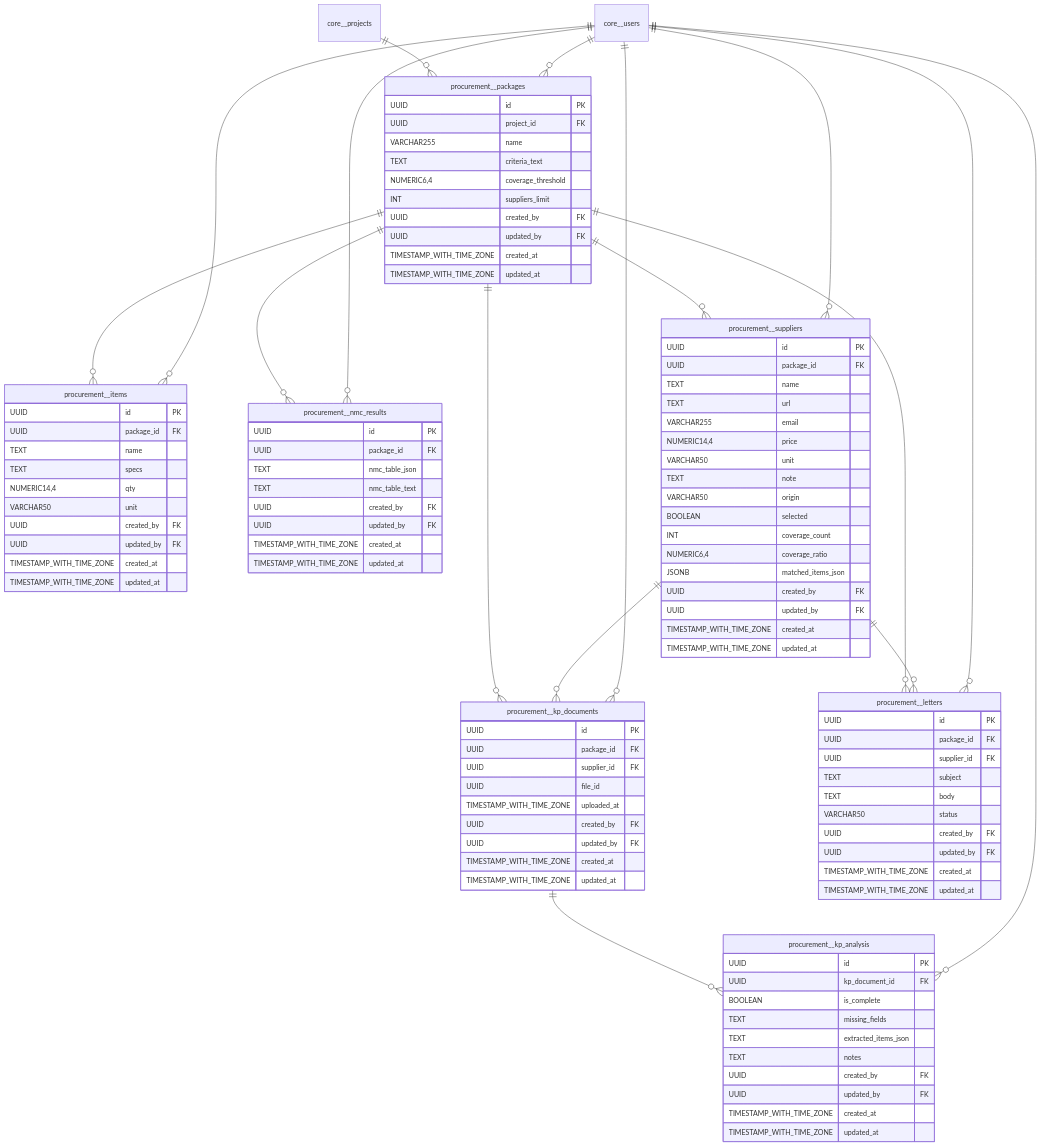
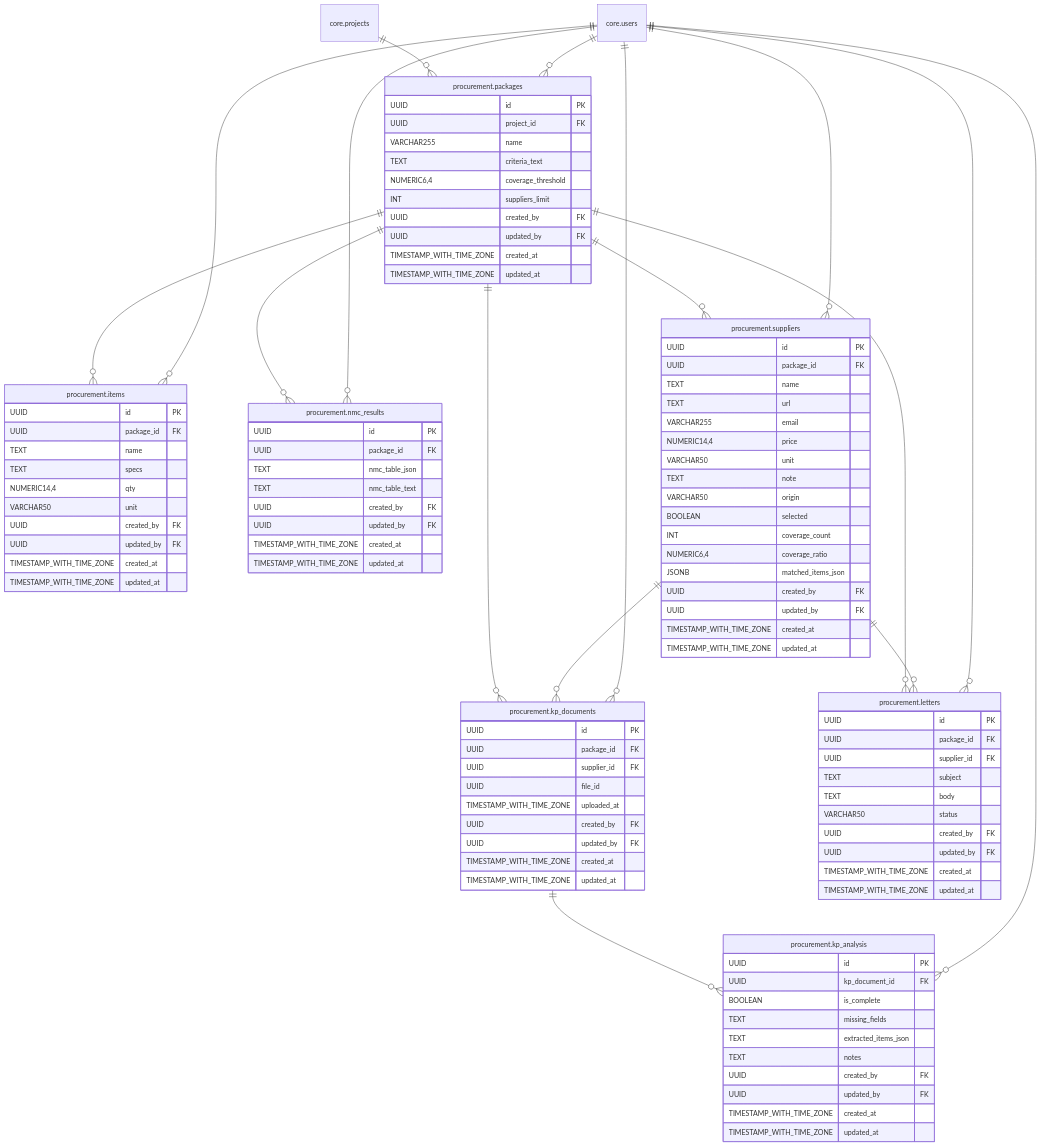
The diagram in __documentation/db_schema.md (enikitina311/project-neo-ai-procurement), drawn with Mermaid before and after one commit. The commit also changed other lines of this file and 16 other files, not shown here.

First line of the commit message:
Phase 2.5.5: schema-per-service rename for procurement (0.1.0 → 0.2.0)

````diff
--- a/__documentation/db_schema.md
+++ b/__documentation/db_schema.md
@@ -223,6 +223,6 @@
 ```mermaid
 erDiagram
-  procurement__items {
+  procurement.items {
     UUID id PK
     UUID package_id FK
     TEXT name
@@ -234,7 +234,7 @@
     TIMESTAMP_WITH_TIME_ZONE created_at
     TIMESTAMP_WITH_TIME_ZONE updated_at
   }
-  procurement__kp_analysis {
+  procurement.kp_analysis {
     UUID id PK
     UUID kp_document_id FK
     BOOLEAN is_complete
@@ -246,7 +246,7 @@
     TIMESTAMP_WITH_TIME_ZONE created_at
     TIMESTAMP_WITH_TIME_ZONE updated_at
   }
-  procurement__kp_documents {
+  procurement.kp_documents {
     UUID id PK
     UUID package_id FK
     UUID supplier_id FK
@@ -257,7 +257,7 @@
     TIMESTAMP_WITH_TIME_ZONE created_at
     TIMESTAMP_WITH_TIME_ZONE updated_at
   }
-  procurement__letters {
+  procurement.letters {
     UUID id PK
     UUID package_id FK
     UUID supplier_id FK
@@ -269,7 +269,7 @@
     TIMESTAMP_WITH_TIME_ZONE created_at
     TIMESTAMP_WITH_TIME_ZONE updated_at
   }
-  procurement__nmc_results {
+  procurement.nmc_results {
     UUID id PK
     UUID package_id FK
     TEXT nmc_table_json
@@ -279,7 +279,7 @@
     TIMESTAMP_WITH_TIME_ZONE created_at
     TIMESTAMP_WITH_TIME_ZONE updated_at
   }
-  procurement__packages {
+  procurement.packages {
     UUID id PK
     UUID project_id FK
     VARCHAR255 name
@@ -291,7 +291,7 @@
     TIMESTAMP_WITH_TIME_ZONE created_at
     TIMESTAMP_WITH_TIME_ZONE updated_at
   }
-  procurement__suppliers {
+  procurement.suppliers {
     UUID id PK
     UUID package_id FK
     TEXT name
@@ -310,20 +310,20 @@
     TIMESTAMP_WITH_TIME_ZONE created_at
     TIMESTAMP_WITH_TIME_ZONE updated_at
   }
-  procurement__packages ||--o{ procurement__items : ""
-  core__users ||--o{ procurement__items : ""
-  procurement__kp_documents ||--o{ procurement__kp_analysis : ""
-  core__users ||--o{ procurement__kp_analysis : ""
-  procurement__packages ||--o{ procurement__kp_documents : ""
-  procurement__suppliers ||--o{ procurement__kp_documents : ""
-  core__users ||--o{ procurement__kp_documents : ""
-  procurement__packages ||--o{ procurement__letters : ""
-  procurement__suppliers ||--o{ procurement__letters : ""
-  core__users ||--o{ procurement__letters : ""
-  procurement__packages ||--o{ procurement__nmc_results : ""
-  core__users ||--o{ procurement__nmc_results : ""
-  core__projects ||--o{ procurement__packages : ""
-  core__users ||--o{ procurement__packages : ""
-  procurement__packages ||--o{ procurement__suppliers : ""
-  core__users ||--o{ procurement__suppliers : ""
+  procurement.packages ||--o{ procurement.items : ""
+  core.users ||--o{ procurement.items : ""
+  procurement.kp_documents ||--o{ procurement.kp_analysis : ""
+  core.users ||--o{ procurement.kp_analysis : ""
+  procurement.packages ||--o{ procurement.kp_documents : ""
+  procurement.suppliers ||--o{ procurement.kp_documents : ""
+  core.users ||--o{ procurement.kp_documents : ""
+  procurement.packages ||--o{ procurement.letters : ""
+  procurement.suppliers ||--o{ procurement.letters : ""
+  core.users ||--o{ procurement.letters : ""
+  procurement.packages ||--o{ procurement.nmc_results : ""
+  core.users ||--o{ procurement.nmc_results : ""
+  core.projects ||--o{ procurement.packages : ""
+  core.users ||--o{ procurement.packages : ""
+  procurement.packages ||--o{ procurement.suppliers : ""
+  core.users ||--o{ procurement.suppliers : ""
 ```
````
